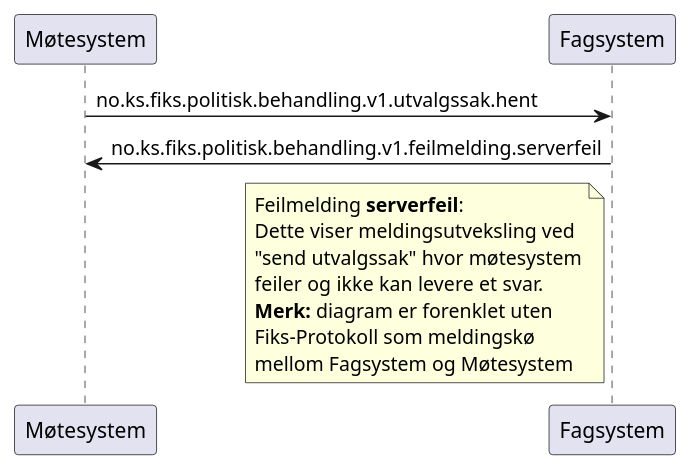
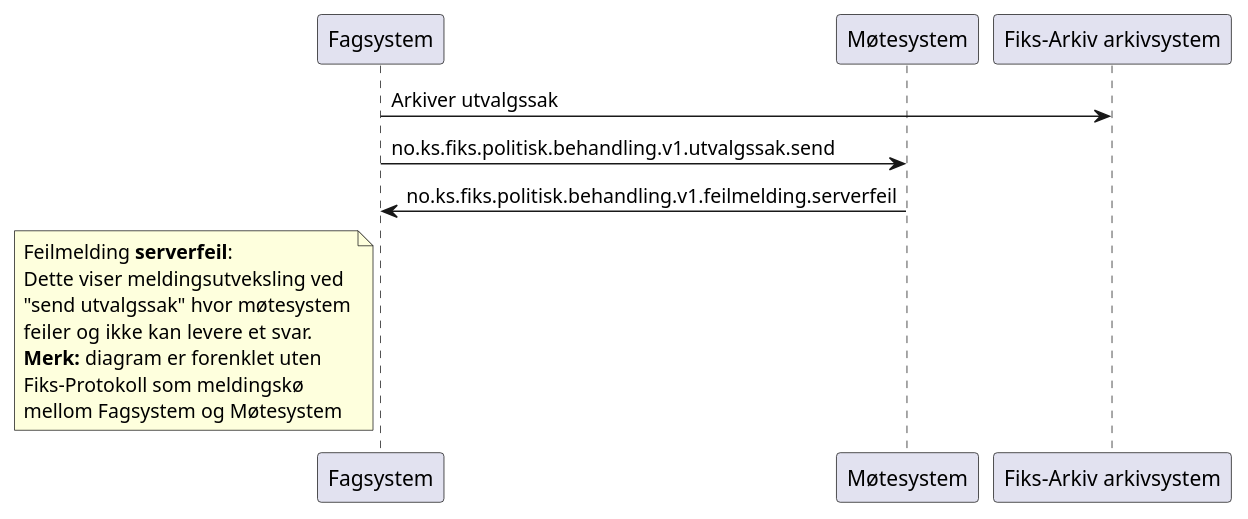
Before and after one commit to ks-no/fiks-politisk-behandling-specification: the diagram in Dokumentasjon/V1/meldingsutveksling/utvalgssak-send/sekvensdiagram/sekvensdiagram-utvalgssak-send-serverfeil.puml, drawn with PlantUML. The commit also changed 57 other files, not shown here.

Commit message:
Oppdatert diagrammer og README's i henhold til kommentarer

```diff
--- a/Dokumentasjon/V1/meldingsutveksling/utvalgssak-send/sekvensdiagram/sekvensdiagram-utvalgssak-send-serverfeil.puml
+++ b/Dokumentasjon/V1/meldingsutveksling/utvalgssak-send/sekvensdiagram/sekvensdiagram-utvalgssak-send-serverfeil.puml
@@ -1,18 +1,20 @@
 @startuml
+participant Fagsystem as "Fagsystem"
 participant Møtesystem as "Møtesystem"
-participant Fagsystem as "Fagsystem"
+participant Arkivsystem as "Fiks-Arkiv arkivsystem"
 
-Møtesystem -> Fagsystem : no.ks.fiks.politisk.behandling.v1.utvalgssak.hent
-Møtesystem <- Fagsystem : no.ks.fiks.politisk.behandling.v1.feilmelding.serverfeil
+Fagsystem -> Arkivsystem : Arkiver utvalgssak
+Fagsystem -> Møtesystem : no.ks.fiks.politisk.behandling.v1.utvalgssak.send
+Fagsystem <- Møtesystem : no.ks.fiks.politisk.behandling.v1.feilmelding.serverfeil
 
 note left of Fagsystem
 Feilmelding **serverfeil**:
 Dette viser meldingsutveksling ved
 "send utvalgssak" hvor møtesystem
 feiler og ikke kan levere et svar.
 **Merk:** diagram er forenklet uten
 Fiks-Protokoll som meldingskø
 mellom Fagsystem og Møtesystem
 end note
 
 @enduml
```
